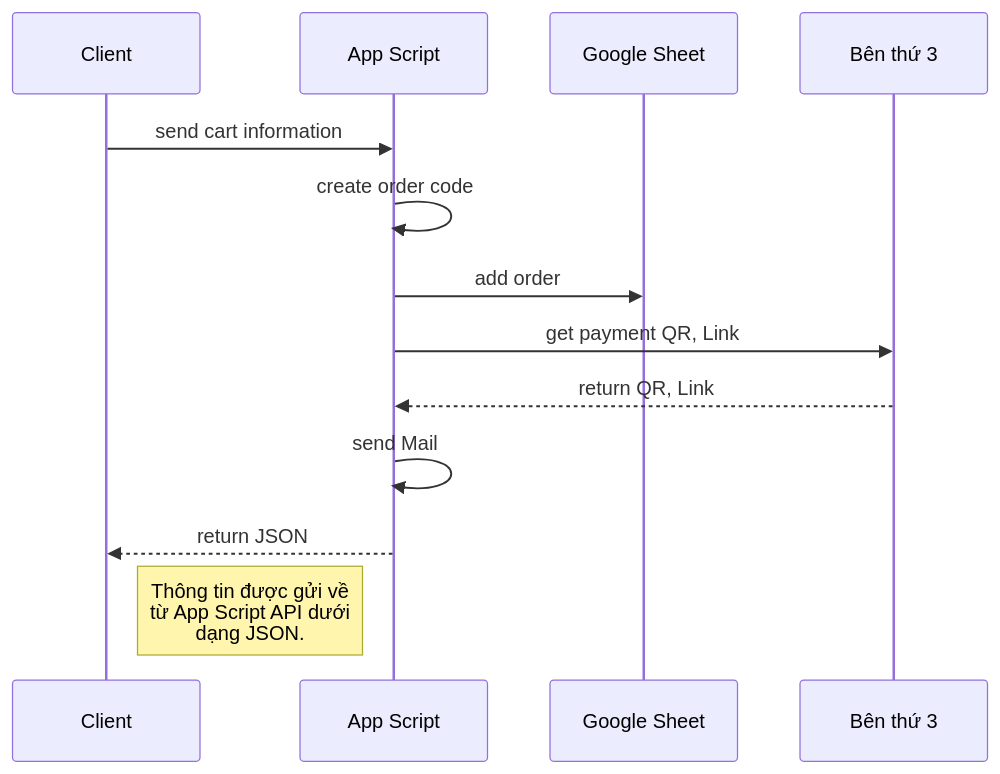
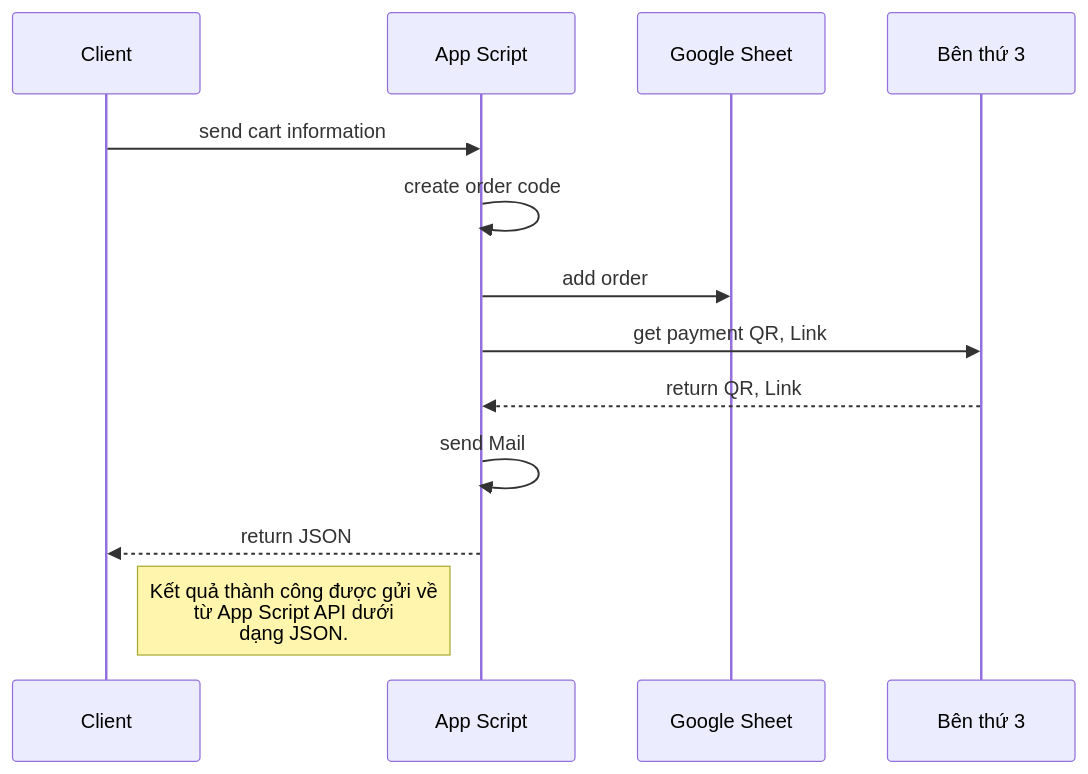
Before and after one commit to daovietanh190499/Shopsmon: the eighth of 8 diagrams in README.md, drawn with Mermaid.

````diff
--- a/README.md
+++ b/README.md
@@ -173,11 +173,11 @@
 ```mermaid
 sequenceDiagram
 Client ->> App Script: send cart information
 App Script ->> App Script: create order code
 App Script ->> Google Sheet: add order
 App Script ->> Bên thứ 3: get payment QR, Link
 Bên thứ 3 -->> App Script: return QR, Link
 App Script ->> App Script: send Mail
 App Script-->>Client: return JSON
-Note right of Client: Thông tin được gửi về <br/> từ App Script API dưới <br/> dạng JSON.
+Note right of Client: Kết quả thành công được gửi về <br/> từ App Script API dưới <br/> dạng JSON.
 ```
````
